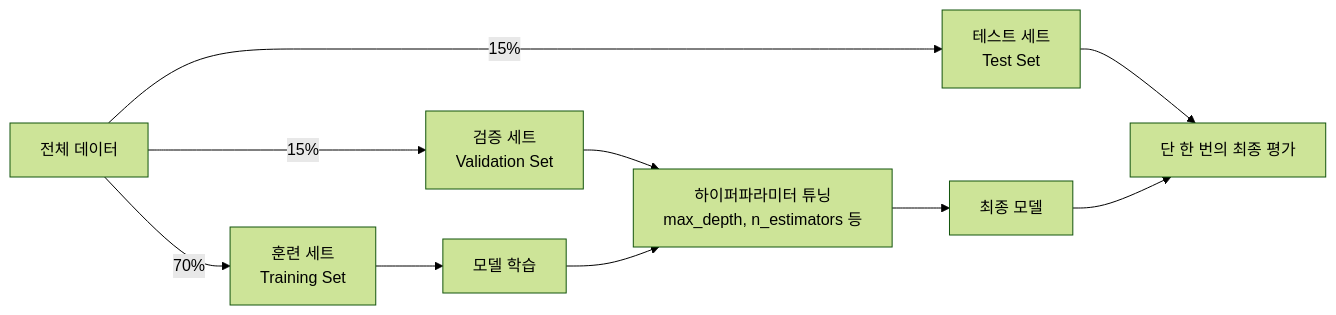
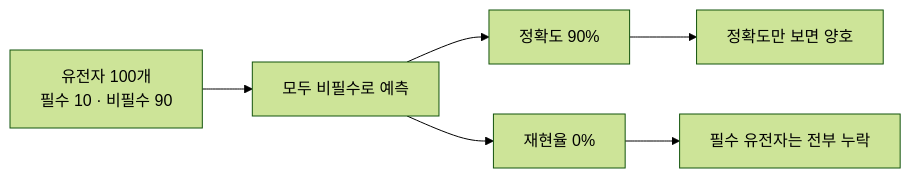
The third of 3 diagrams in chapter-9/02.md (jyryu3161/ebook_metabolic_modeling), drawn with Mermaid (forest theme) before and after one commit. The commit also changed other lines of this file and 370 other files, not shown here.

````diff
--- a/chapter-9/02.md
+++ b/chapter-9/02.md
@@ -218,12 +89,8 @@
 ```mermaid
 flowchart LR
-    A[전체 데이터] -->|70%| B[훈련 세트<br/>Training Set]
-    A -->|15%| C[검증 세트<br/>Validation Set]
-    A -->|15%| D[테스트 세트<br/>Test Set]
-    B --> E[모델 학습]
-    C --> F[하이퍼파라미터 튜닝<br/>max_depth, n_estimators 등]
-    E --> F
-    F --> G[최종 모델]
-    D --> H[단 한 번의 최종 평가]
-    G --> H
+    A[유전자 100개<br/>필수 10 · 비필수 90] --> B[모두 비필수로 예측]
+    B --> C[정확도 90%]
+    B --> D[재현율 0%]
+    C --> E[정확도만 보면 양호]
+    D --> F[필수 유전자는 전부 누락]
 ```
````
